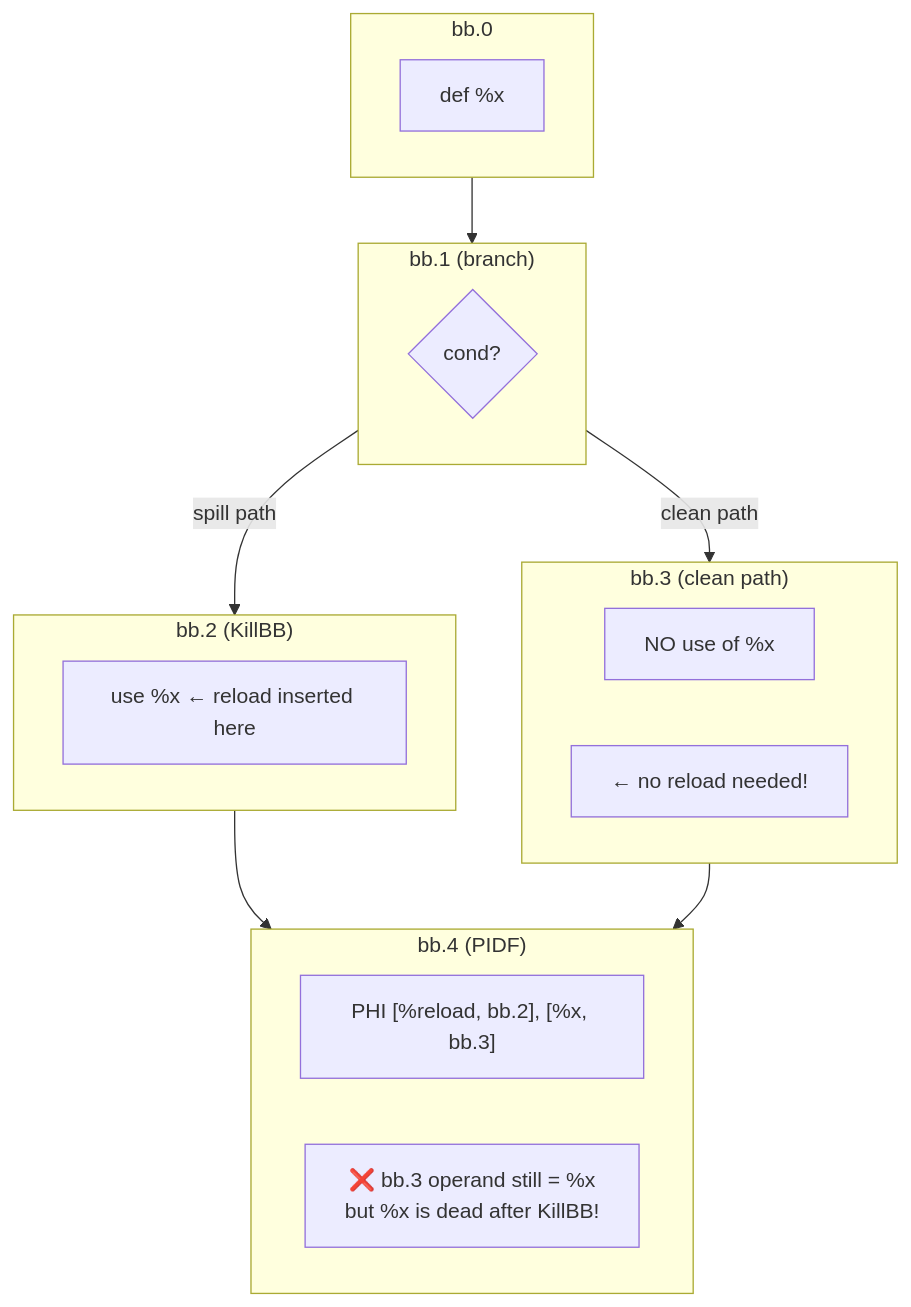
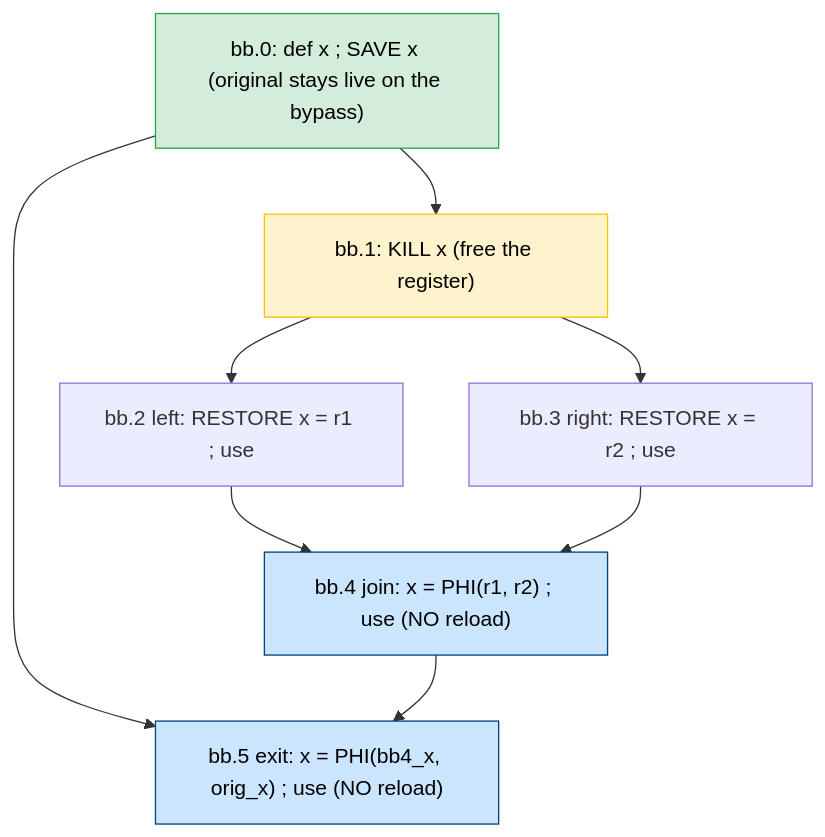
One commit to alex-t/ssa-spiller-docs changed the third of 4 diagrams in SSARA/04-Design/SSA_SPILLER_DESIGN.md. Above: the diagram before and after it, drawn with Mermaid. The commit also changed other lines of this file and 41 other files, not shown here.

````diff
--- a/SSARA/04-Design/SSA_SPILLER_DESIGN.md
+++ b/SSARA/04-Design/SSA_SPILLER_DESIGN.md
@@ -384,30 +167,15 @@
 ```mermaid
 flowchart TD
-  subgraph bb0["bb.0"]
-    def["def %x"]
-  end
-  
-  subgraph bb1["bb.1 (branch)"]
-    branch{"cond?"}
-  end
-  
-  subgraph bb2["bb.2 (KillBB)"]
-    use_spill["use %x ← reload inserted here"]
-  end
-  
-  subgraph bb3["bb.3 (clean path)"]
-    no_use["NO use of %x"]
-    note["← no reload needed!"]
-  end
-  
-  subgraph bb4["bb.4 (PIDF)"]
-    phi["PHI [%reload, bb.2], [%x, bb.3]"]
-    problem["❌ bb.3 operand still = %x<br/>but %x is dead after KillBB!"]
-  end
-  
-  bb0 --> bb1
-  bb1 -->|"spill path"| bb2
-  bb1 -->|"clean path"| bb3
-  bb2 --> bb4
-  bb3 --> bb4
+    e["bb.0: def x ; SAVE x (original stays live on the bypass)"] --> h["bb.1: KILL x (free the register)"]
+    e --> x["bb.5 exit: x = PHI(bb4_x, orig_x) ; use (NO reload)"]
+    h --> l["bb.2 left: RESTORE x = r1 ; use"]
+    h --> r["bb.3 right: RESTORE x = r2 ; use"]
+    l --> j["bb.4 join: x = PHI(r1, r2) ; use (NO reload)"]
+    r --> j
+    j --> x
+
+    style e fill:#d4edda,stroke:#28a745,color:#000
+    style h fill:#fff3cd,stroke:#ffc107,color:#000
+    style j fill:#cce5ff,stroke:#004085,color:#000
+    style x fill:#cce5ff,stroke:#004085,color:#000
 ```
````
